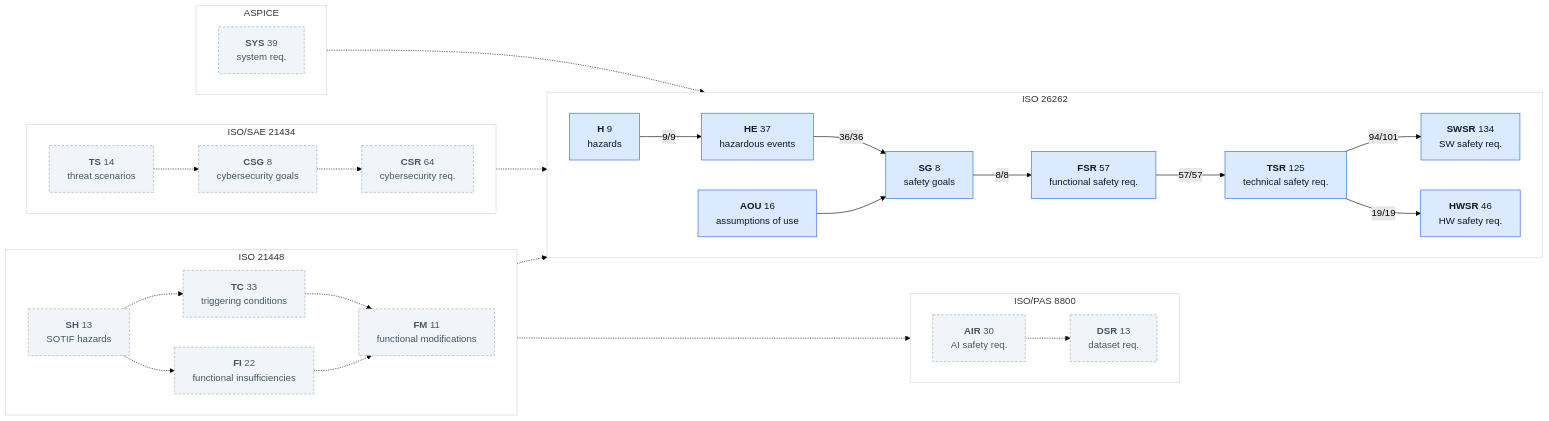
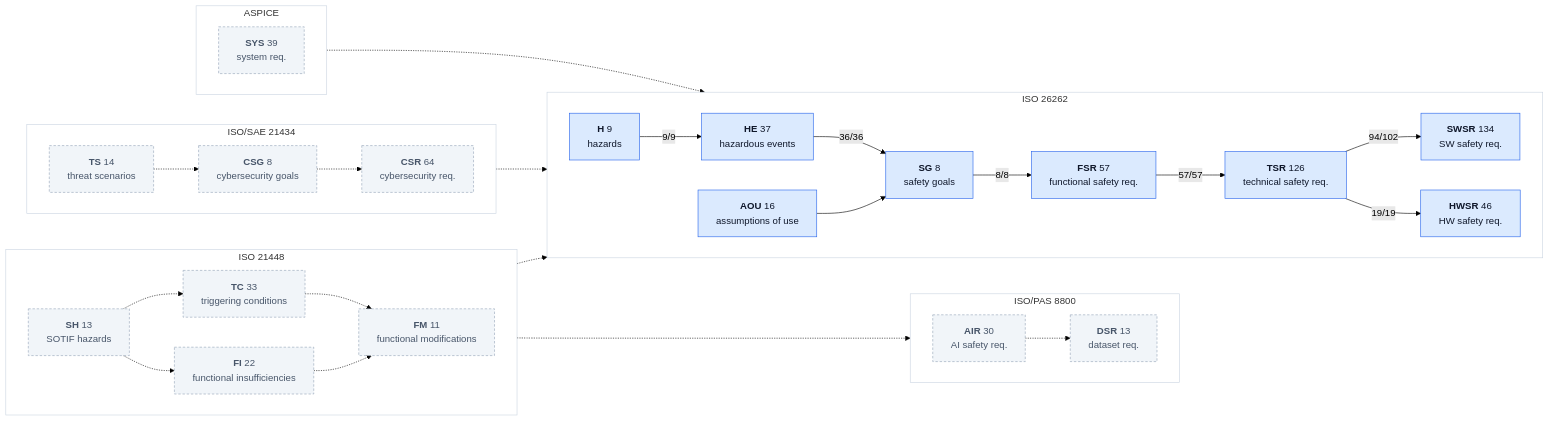
The second of 2 diagrams in assurance/trace/maps/aspice-trace-map.md (jherrodthomas/LionDriver), drawn with Mermaid (forest theme) before and after one commit. The commit also changed other lines of this file and 24 other files, not shown here.

````diff
--- a/assurance/trace/maps/aspice-trace-map.md
+++ b/assurance/trace/maps/aspice-trace-map.md
@@ -188,61 +188,61 @@
 ```mermaid
 flowchart LR
   subgraph ISO26262["ISO 26262"]
     direction LR
     kH["<b>H</b> 9<br/>hazards"]:::traced
     kHE["<b>HE</b> 37<br/>hazardous events"]:::traced
     kSG["<b>SG</b> 8<br/>safety goals"]:::traced
     kFSR["<b>FSR</b> 57<br/>functional safety req."]:::traced
-    kTSR["<b>TSR</b> 125<br/>technical safety req."]:::traced
+    kTSR["<b>TSR</b> 126<br/>technical safety req."]:::traced
     kSWSR["<b>SWSR</b> 134<br/>SW safety req."]:::traced
     kHWSR["<b>HWSR</b> 46<br/>HW safety req."]:::traced
     kAOU["<b>AOU</b> 16<br/>assumptions of use"]:::traced
   end
   style ISO26262 fill:#FFFFFF,stroke:#CBD5E1
   subgraph ISO21448["ISO 21448"]
     direction LR
     kSH["<b>SH</b> 13<br/>SOTIF hazards"]:::doc
     kTC["<b>TC</b> 33<br/>triggering conditions"]:::doc
     kFI["<b>FI</b> 22<br/>functional insufficiencies"]:::doc
     kFM["<b>FM</b> 11<br/>functional modifications"]:::doc
   end
   style ISO21448 fill:#FFFFFF,stroke:#CBD5E1
   subgraph ISOPAS8800["ISO/PAS 8800"]
     direction LR
     kAIR["<b>AIR</b> 30<br/>AI safety req."]:::doc
     kDSR["<b>DSR</b> 13<br/>dataset req."]:::doc
   end
   style ISOPAS8800 fill:#FFFFFF,stroke:#CBD5E1
   subgraph ISOSAE21434["ISO/SAE 21434"]
     direction LR
     kTS["<b>TS</b> 14<br/>threat scenarios"]:::doc
     kCSG["<b>CSG</b> 8<br/>cybersecurity goals"]:::doc
     kCSR["<b>CSR</b> 64<br/>cybersecurity req."]:::doc
   end
   style ISOSAE21434 fill:#FFFFFF,stroke:#CBD5E1
   subgraph ASPICE["ASPICE"]
     direction LR
     kSYS["<b>SYS</b> 39<br/>system req."]:::doc
   end
   style ASPICE fill:#FFFFFF,stroke:#CBD5E1
   kH -->|"9/9"| kHE
   kHE -->|"36/36"| kSG
   kSG -->|"8/8"| kFSR
   kFSR -->|"57/57"| kTSR
-  kTSR -->|"94/101"| kSWSR
+  kTSR -->|"94/102"| kSWSR
   kTSR -->|"19/19"| kHWSR
   kAOU --> kSG
   kSH -.-> kTC
   kSH -.-> kFI
   kTC -.-> kFM
   kFI -.-> kFM
   kSH -.-> kHE
   kFI -.-> kAIR
   kAIR -.-> kDSR
   kTS -.-> kCSG
   kCSG -.-> kCSR
   kCSG -.-> kSG
   kSYS -.-> kTSR
   classDef traced fill:#DBEAFE,stroke:#2563EB,color:#0F172A
   classDef doc fill:#F1F5F9,stroke:#94A3B8,stroke-dasharray:4 3,color:#475569
 ```
````
